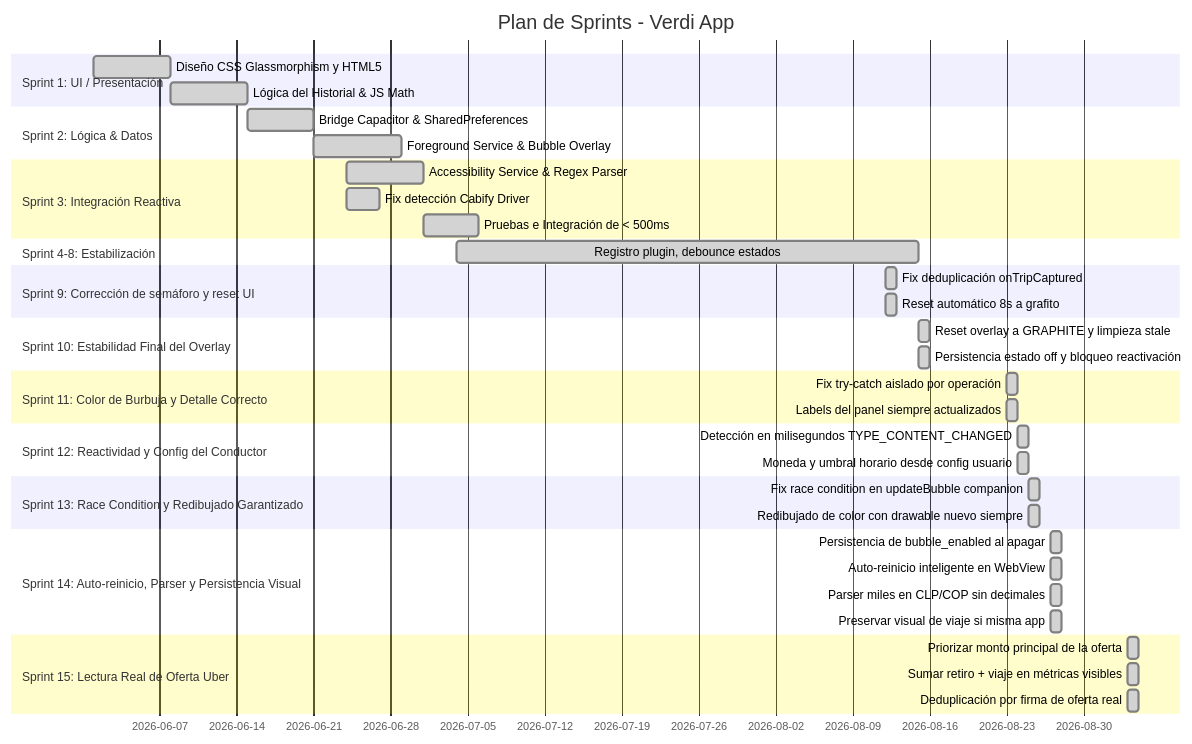
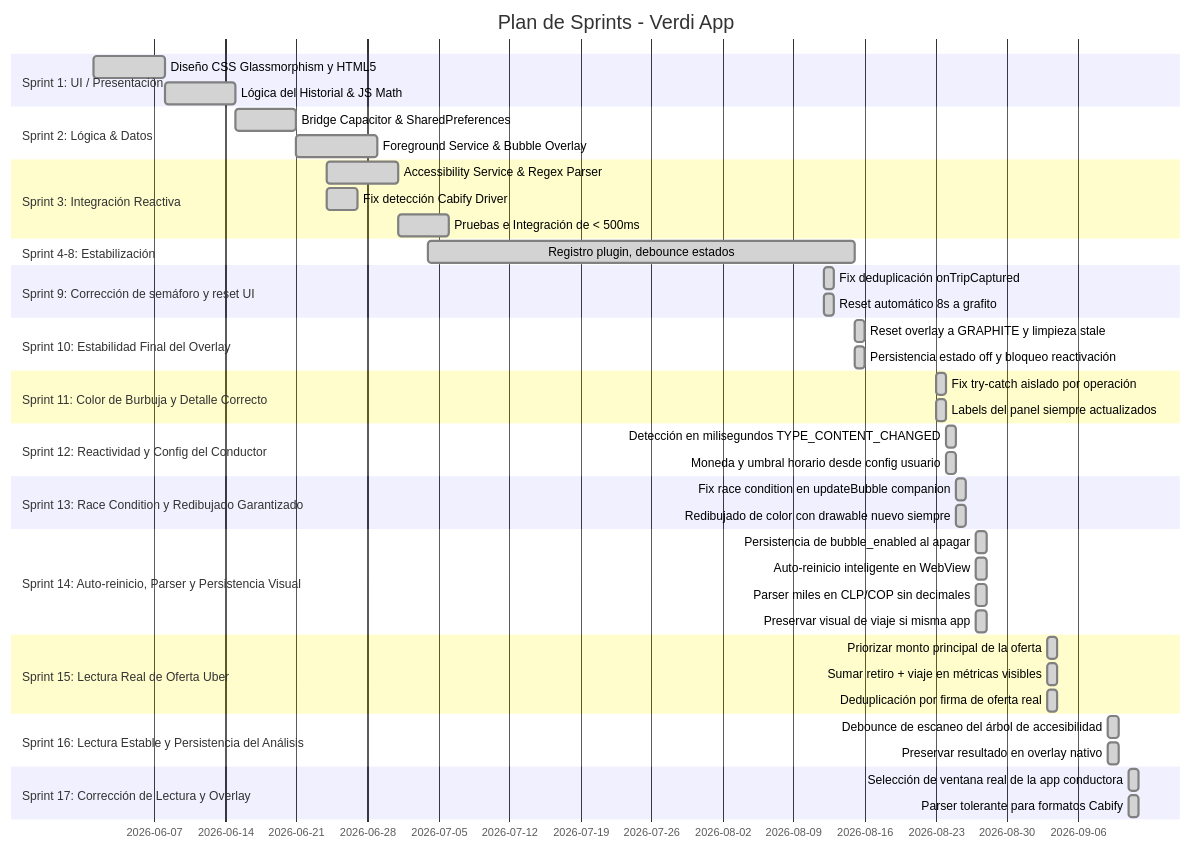
One commit to JorgeFreire95/Verdi changed the second of 2 diagrams in README.md. Above: the diagram before and after it, drawn with Mermaid. The commit also changed other lines of this file and 1 other file, not shown here.

````diff
--- a/README.md
+++ b/README.md
@@ -86,41 +86,47 @@
 ```mermaid
 gantt
     title Plan de Sprints - Verdi App
     dateFormat  YYYY-MM-DD
     section Sprint 1: UI / Presentación
     Diseño CSS Glassmorphism y HTML5    :done, s1, 2026-06-01, 7d
     Lógica del Historial & JS Math      :done, s2, after s1, 7d
     section Sprint 2: Lógica & Datos
     Bridge Capacitor & SharedPreferences :done, s3, 2026-06-15, 6d
     Foreground Service & Bubble Overlay  :done, s4, after s3, 8d
     section Sprint 3: Integración Reactiva
     Accessibility Service & Regex Parser :done, s5, 2026-06-24, 7d
     Fix detección Cabify Driver          :done, s6, 2026-06-24, 3d
     Pruebas e Integración de < 500ms     :done, s7, after s5, 5d
     section Sprint 4-8: Estabilización
     Registro plugin, debounce estados    :done, s8, 2026-07-04, 42d
     section Sprint 9: Corrección de semáforo y reset UI
     Fix deduplicación onTripCaptured     :done, s9, 2026-08-12, 1d
     Reset automático 8s a grafito        :done, s10, 2026-08-12, 1d
     section Sprint 10: Estabilidad Final del Overlay
     Reset overlay a GRAPHITE y limpieza stale :done, s11, 2026-08-15, 1d
     Persistencia estado off y bloqueo reactivación :done, s12, 2026-08-15, 1d
     section Sprint 11: Color de Burbuja y Detalle Correcto
     Fix try-catch aislado por operación     :done, s13, 2026-08-23, 1d
     Labels del panel siempre actualizados   :done, s14, 2026-08-23, 1d
     section Sprint 12: Reactividad y Config del Conductor
     Detección en milisegundos TYPE_CONTENT_CHANGED :done, s15, 2026-08-24, 1d
     Moneda y umbral horario desde config usuario   :done, s16, 2026-08-24, 1d
     section Sprint 13: Race Condition y Redibujado Garantizado
     Fix race condition en updateBubble companion   :done, s17, 2026-08-25, 1d
     Redibujado de color con drawable nuevo siempre :done, s18, 2026-08-25, 1d
     section Sprint 14: Auto-reinicio, Parser y Persistencia Visual
     Persistencia de bubble_enabled al apagar    :done, s19, 2026-08-27, 1d
     Auto-reinicio inteligente en WebView        :done, s20, 2026-08-27, 1d
     Parser miles en CLP/COP sin decimales       :done, s21, 2026-08-27, 1d
     Preservar visual de viaje si misma app      :done, s22, 2026-08-27, 1d
     section Sprint 15: Lectura Real de Oferta Uber
     Priorizar monto principal de la oferta      :done, s23, 2026-09-03, 1d
     Sumar retiro + viaje en métricas visibles   :done, s24, 2026-09-03, 1d
     Deduplicación por firma de oferta real      :done, s25, 2026-09-03, 1d
+    section Sprint 16: Lectura Estable y Persistencia del Análisis
+    Debounce de escaneo del árbol de accesibilidad :done, s26, 2026-09-09, 1d
+    Preservar resultado en overlay nativo          :done, s27, 2026-09-09, 1d
+    section Sprint 17: Corrección de Lectura y Overlay
+    Selección de ventana real de la app conductora :done, s28, 2026-09-11, 1d
+    Parser tolerante para formatos Cabify       :done, s29, 2026-09-11, 1d
 ```
````
